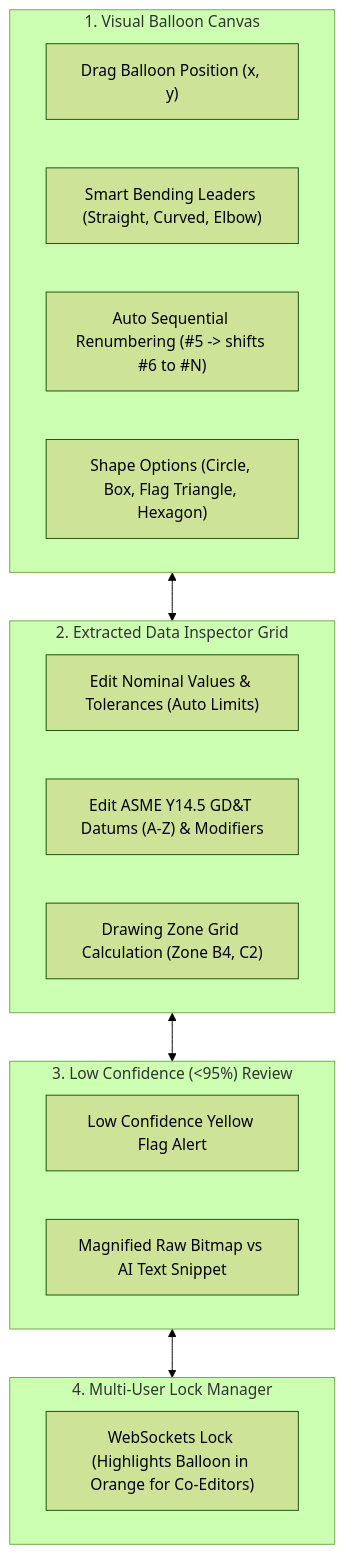
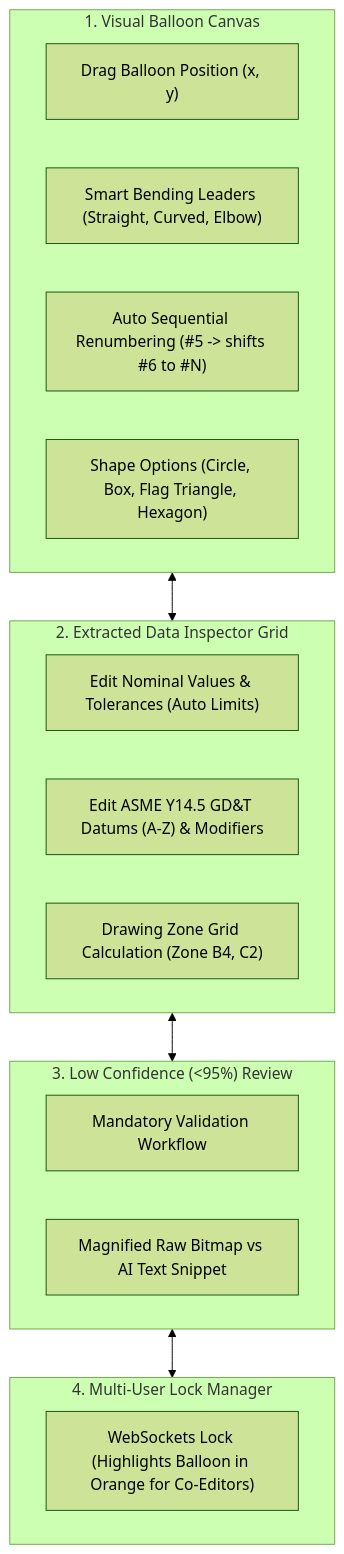
Before and after one commit to LoonistApp/Loonist: the fourth of 5 diagrams in Phase_3_System_Architecture_Stages.md, drawn with Mermaid (forest theme). The commit also changed other lines of this file and 3 other files, not shown here.

Commit message:
docs: tighten architecture semantics for database, job states, validation workflow, and tamper-evident hash chain

````diff
--- a/Phase_3_System_Architecture_Stages.md
+++ b/Phase_3_System_Architecture_Stages.md
@@ -109,26 +115,26 @@
 ```mermaid
 flowchart TD
     subgraph Canvas_Layer ["1. Visual Balloon Canvas"]
         DragBall["Drag Balloon Position (x, y)"]
         BendingLeader["Smart Bending Leaders (Straight, Curved, Elbow)"]
         RenumberCascade["Auto Sequential Renumbering (#5 -> shifts #6 to #N)"]
         Shapes["Shape Options (Circle, Box, Flag Triangle, Hexagon)"]
     end
 
     subgraph Table_Layer ["2. Extracted Data Inspector Grid"]
         EditNominal["Edit Nominal Values & Tolerances (Auto Limits)"]
         EditGDT["Edit ASME Y14.5 GD&T Datums (A-Z) & Modifiers"]
         ZoneGrid["Drawing Zone Grid Calculation (Zone B4, C2)"]
     end
 
     subgraph Review_Layer ["3. Low Confidence (<95%) Review"]
-        FlagAlert["Low Confidence Yellow Flag Alert"]
+        ValidationFlow["Mandatory Validation Workflow"]
         CropCallout["Magnified Raw Bitmap vs AI Text Snippet"]
     end
 
     subgraph Lock_Layer ["4. Multi-User Lock Manager"]
         WSLock["WebSockets Lock (Highlights Balloon in Orange for Co-Editors)"]
     end
 
     Canvas_Layer <--> Table_Layer <--> Review_Layer <--> Lock_Layer
 ```
````
